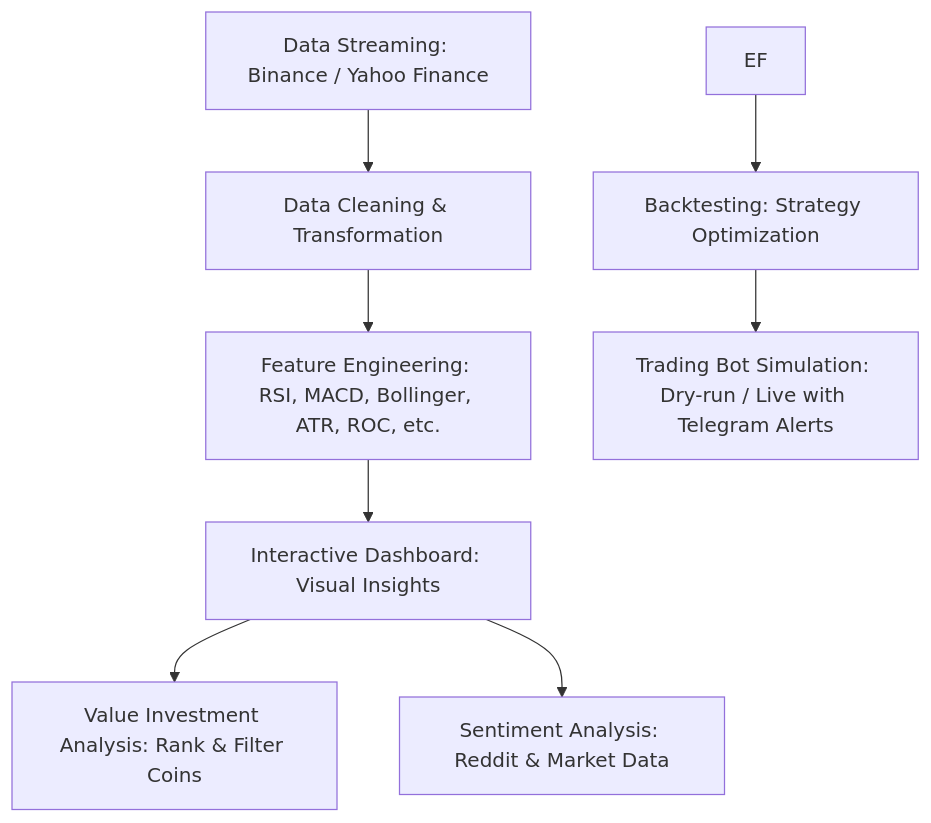
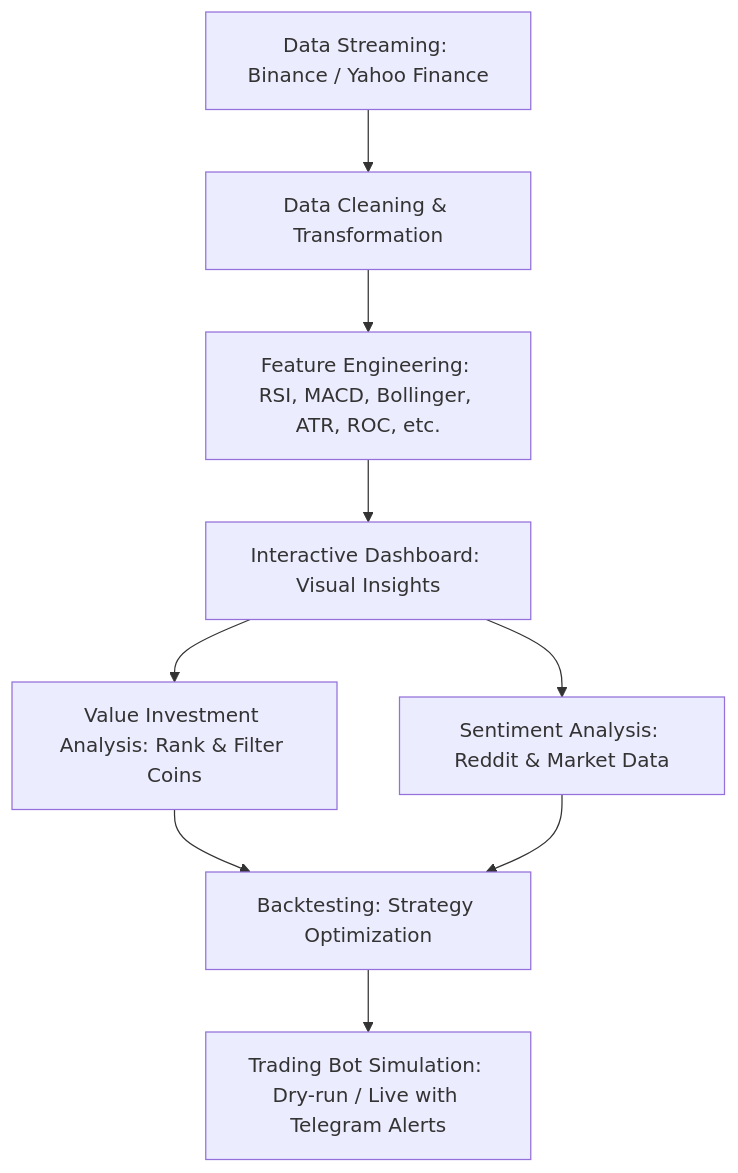
One commit to CodeEagle22/SiriFi changed the diagram in README.md. Above: the diagram before and after it, drawn with Mermaid.

````diff
--- a/README.md
+++ b/README.md
@@ -54,10 +54,12 @@
 ```mermaid
 flowchart TD
     A[Data Streaming: Binance / Yahoo Finance] --> B[Data Cleaning & Transformation]
     B --> C[Feature Engineering: RSI, MACD, Bollinger, ATR, ROC, etc.]
     C --> D[Interactive Dashboard: Visual Insights]
     D --> E[Value Investment Analysis: Rank & Filter Coins]
     D --> F[Sentiment Analysis: Reddit & Market Data]
-    EF --> G[Backtesting: Strategy Optimization]
+    E --> G[Backtesting: Strategy Optimization]
+    F --> G
     G --> H[Trading Bot Simulation: Dry-run / Live with Telegram Alerts]
+
 ```
````
